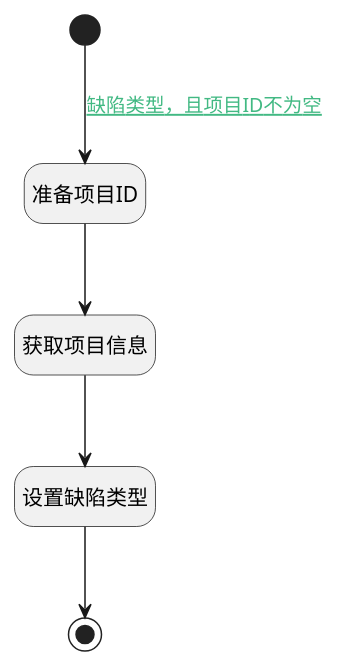
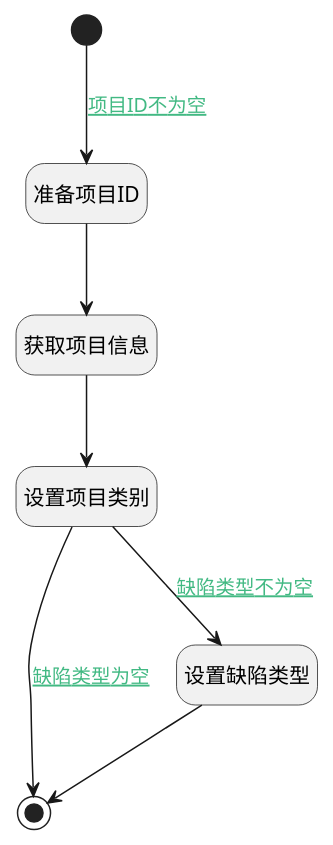
Before and after one commit to iBizLab/plm: the diagram in doc/docsify/module/ProjMgmt/work_item/logic/set_type_bug.md, drawn with PlantUML. The commit also changed other lines of this file and 2688 other files, not shown here.

````diff
--- a/doc/docsify/module/ProjMgmt/work_item/logic/set_type_bug.md
+++ b/doc/docsify/module/ProjMgmt/work_item/logic/set_type_bug.md
@@ -7,25 +7,28 @@
 ```plantuml
 @startuml
 hide empty description
 <style>
 root {
   HyperlinkColor #42b983
 }
 </style>
 
 hide empty description
 state "开始" as Begin <<start>> [[$./set_type_bug#begin {"开始"}]]
 state "准备项目ID" as PREPAREPARAM1  [[$./set_type_bug#prepareparam1 {"准备项目ID"}]]
 state "获取项目信息" as DEACTION1  [[$./set_type_bug#deaction1 {"获取项目信息"}]]
+state "设置项目类别" as PREPAREPARAM2  [[$./set_type_bug#prepareparam2 {"设置项目类别"}]]
+state "结束" as END1 <<end>> [[$./set_type_bug#end1 {"结束"}]]
 state "设置缺陷类型" as RAWSFCODE1  [[$./set_type_bug#rawsfcode1 {"设置缺陷类型"}]]
-state "结束" as END1 <<end>> [[$./set_type_bug#end1 {"结束"}]]
 
 
-Begin --> PREPAREPARAM1 : [[$./set_type_bug#begin-prepareparam1{缺陷类型，且项目ID不为空} 缺陷类型，且项目ID不为空]]
+Begin --> PREPAREPARAM1 : [[$./set_type_bug#begin-prepareparam1{项目ID不为空} 项目ID不为空]]
 PREPAREPARAM1 --> DEACTION1
-DEACTION1 --> RAWSFCODE1
+DEACTION1 --> PREPAREPARAM2
+PREPAREPARAM2 --> RAWSFCODE1 : [[$./set_type_bug#prepareparam2-rawsfcode1{缺陷类型不为空} 缺陷类型不为空]]
 RAWSFCODE1 --> END1
+PREPAREPARAM2 --> END1 : [[$./set_type_bug#prepareparam2-end1{缺陷类型为空} 缺陷类型为空]]
 
 
 @enduml
 ```
````
